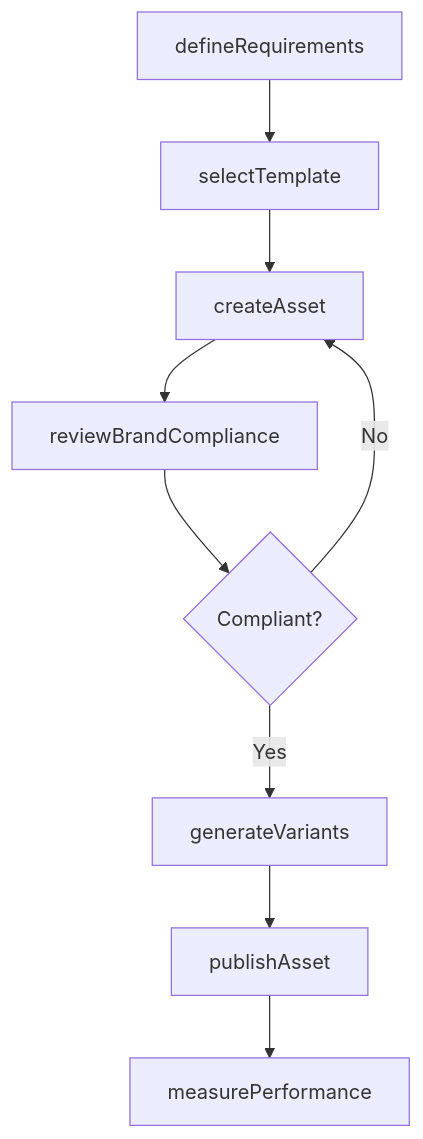
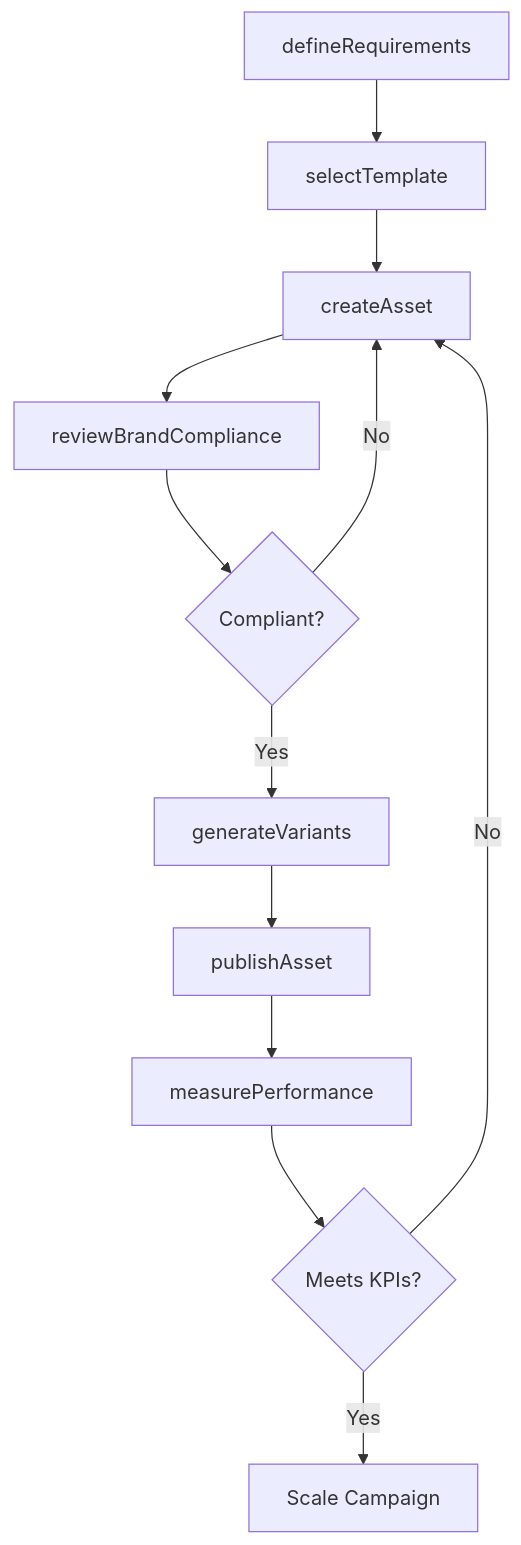
Before and after one commit to dot-org-ai/tasks.org.ai: the third of 4 diagrams in ThinkingCreatively/DevelopMarketingOrPromotionalMaterials/CreateMarketingMaterials.mdx, drawn with Mermaid. The commit also changed other lines of this file and 504 other files, not shown here.

First line of the commit message:
feat: Add ER diagrams, state diagrams, and workflow improvements to 96 DWA task files

````diff
--- a/ThinkingCreatively/DevelopMarketingOrPromotionalMaterials/CreateMarketingMaterials.mdx
+++ b/ThinkingCreatively/DevelopMarketingOrPromotionalMaterials/CreateMarketingMaterials.mdx
@@ -89,11 +119,14 @@
 ```mermaid
 graph TD
     A[defineRequirements] --> B[selectTemplate]
     B --> C[createAsset]
     C --> D[reviewBrandCompliance]
     D --> E{Compliant?}
     E -->|No| C
     E -->|Yes| F[generateVariants]
     F --> G[publishAsset]
     G --> H[measurePerformance]
+    H --> I{Meets KPIs?}
+    I -->|No| C
+    I -->|Yes| J[Scale Campaign]
 ```
````
